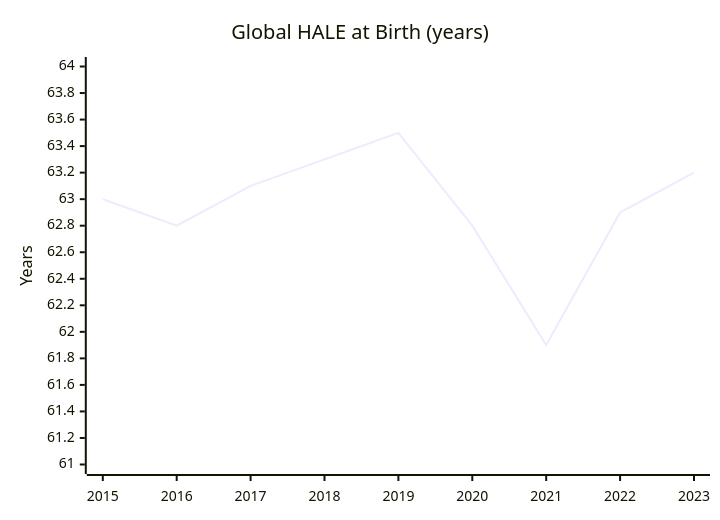
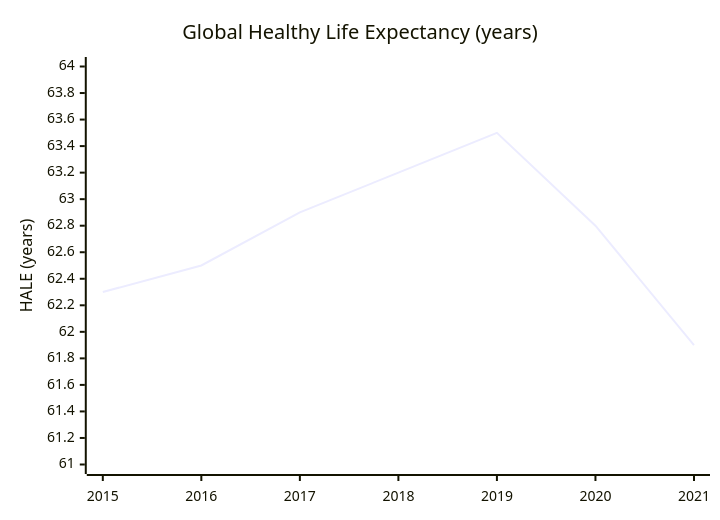
One commit to pasky/grand-endeavors changed the diagram in pilot-2025/cancer.md. Above: the diagram before and after it, drawn with Mermaid. The commit also changed other lines of this file, not shown here.

````diff
--- a/pilot-2025/cancer.md
+++ b/pilot-2025/cancer.md
@@ -31,7 +31,7 @@
 ```mermaid
 xychart-beta
-    title "Global HALE at Birth (years)"
-    x-axis [2015, 2016, 2017, 2018, 2019, 2020, 2021, 2022, 2023]
-    y-axis "Years" 61 --> 64
-    line [63.0, 62.8, 63.1, 63.3, 63.5, 62.8, 61.9, 62.9, 63.2]
+    title "Global Healthy Life Expectancy (years)"
+    x-axis [2015, 2016, 2017, 2018, 2019, 2020, 2021]
+    y-axis "HALE (years)" 61 --> 64
+    line [62.3, 62.5, 62.9, 63.2, 63.5, 62.8, 61.9]
 ```
````
